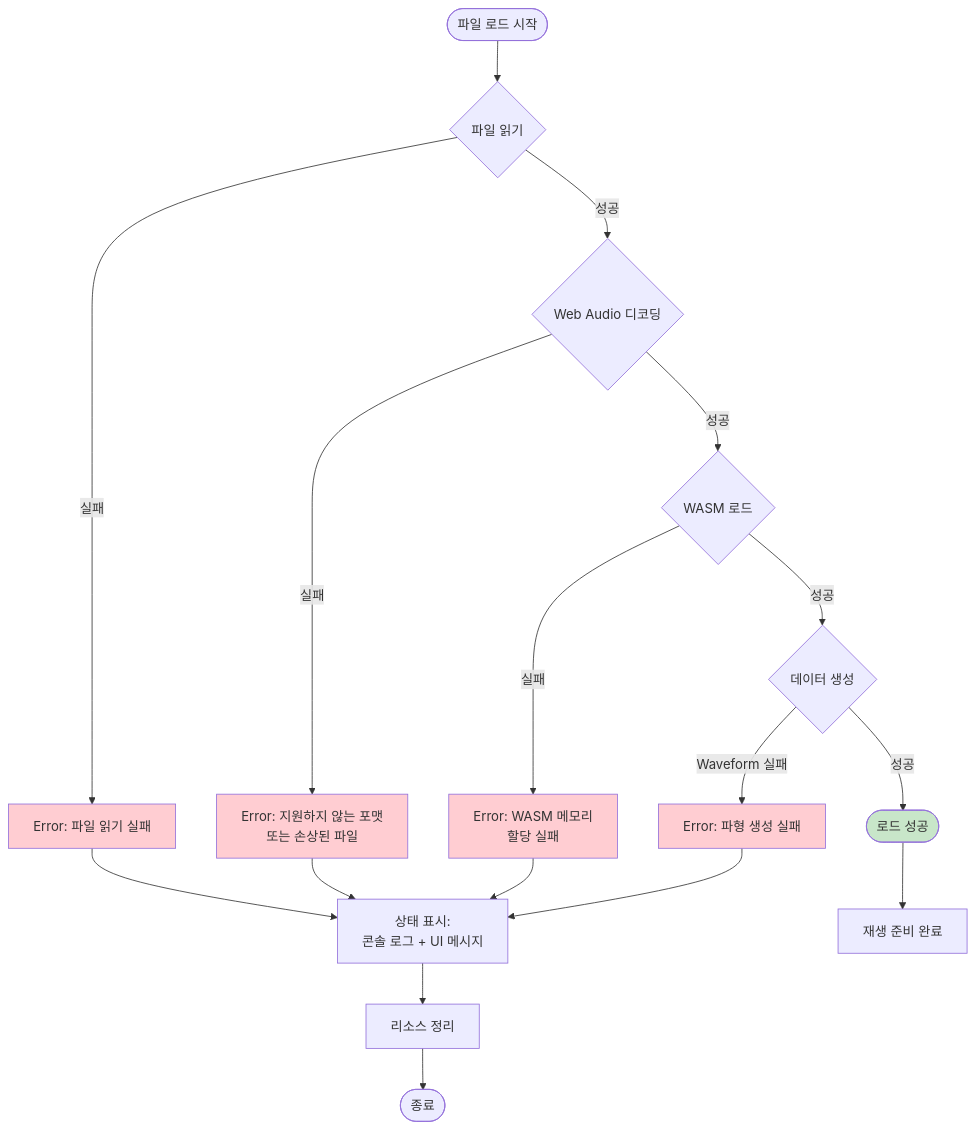
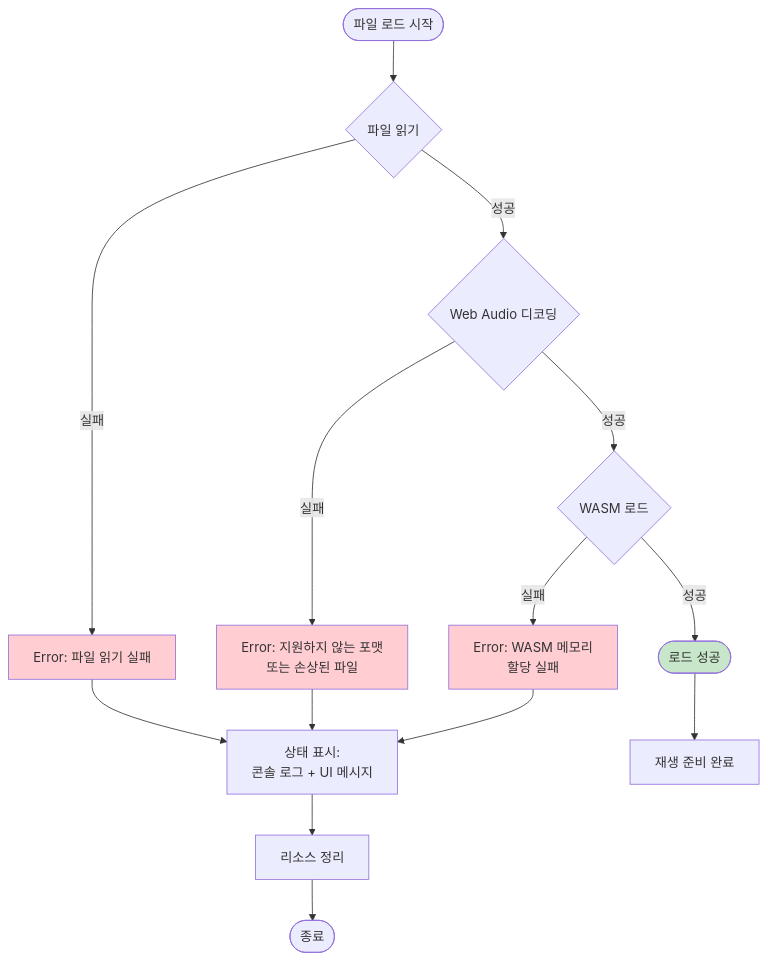
One commit to AshtonYoon/wasm-audio-visualizer changed the seventh of 8 diagrams in ARCHITECTURE.md. Above: the diagram before and after it, drawn with Mermaid. The commit also changed other lines of this file and 6 other files, not shown here.

````diff
--- a/ARCHITECTURE.md
+++ b/ARCHITECTURE.md
@@ -334,31 +313,26 @@
 ```mermaid
 flowchart TD
     Start([파일 로드 시작]) --> Read{파일 읽기}
     Read -->|실패| E1[Error: 파일 읽기 실패]
     Read -->|성공| Decode{Web Audio 디코딩}
 
     Decode -->|실패| E2[Error: 지원하지 않는 포맷<br/>또는 손상된 파일]
     Decode -->|성공| WasmLoad{WASM 로드}
 
     WasmLoad -->|실패| E3[Error: WASM 메모리<br/>할당 실패]
-    WasmLoad -->|성공| GetData{데이터 생성}
-
-    GetData -->|Waveform 실패| E4[Error: 파형 생성 실패]
-    GetData -->|성공| Success([로드 성공])
+    WasmLoad -->|성공| Success([로드 성공])
 
     E1 --> Display[상태 표시:<br/>콘솔 로그 + UI 메시지]
     E2 --> Display
     E3 --> Display
-    E4 --> Display
 
     Display --> Cleanup[리소스 정리]
     Cleanup --> End([종료])
 
     Success --> Ready[재생 준비 완료]
 
     style E1 fill:#ffcdd2
     style E2 fill:#ffcdd2
     style E3 fill:#ffcdd2
-    style E4 fill:#ffcdd2
     style Success fill:#c8e6c9
 ```
````
